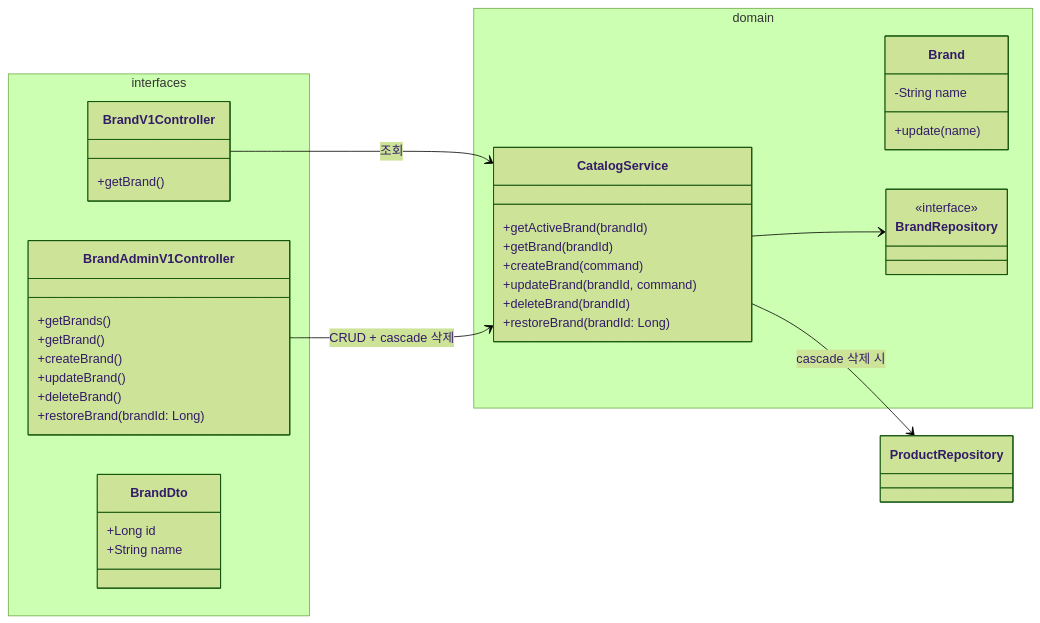
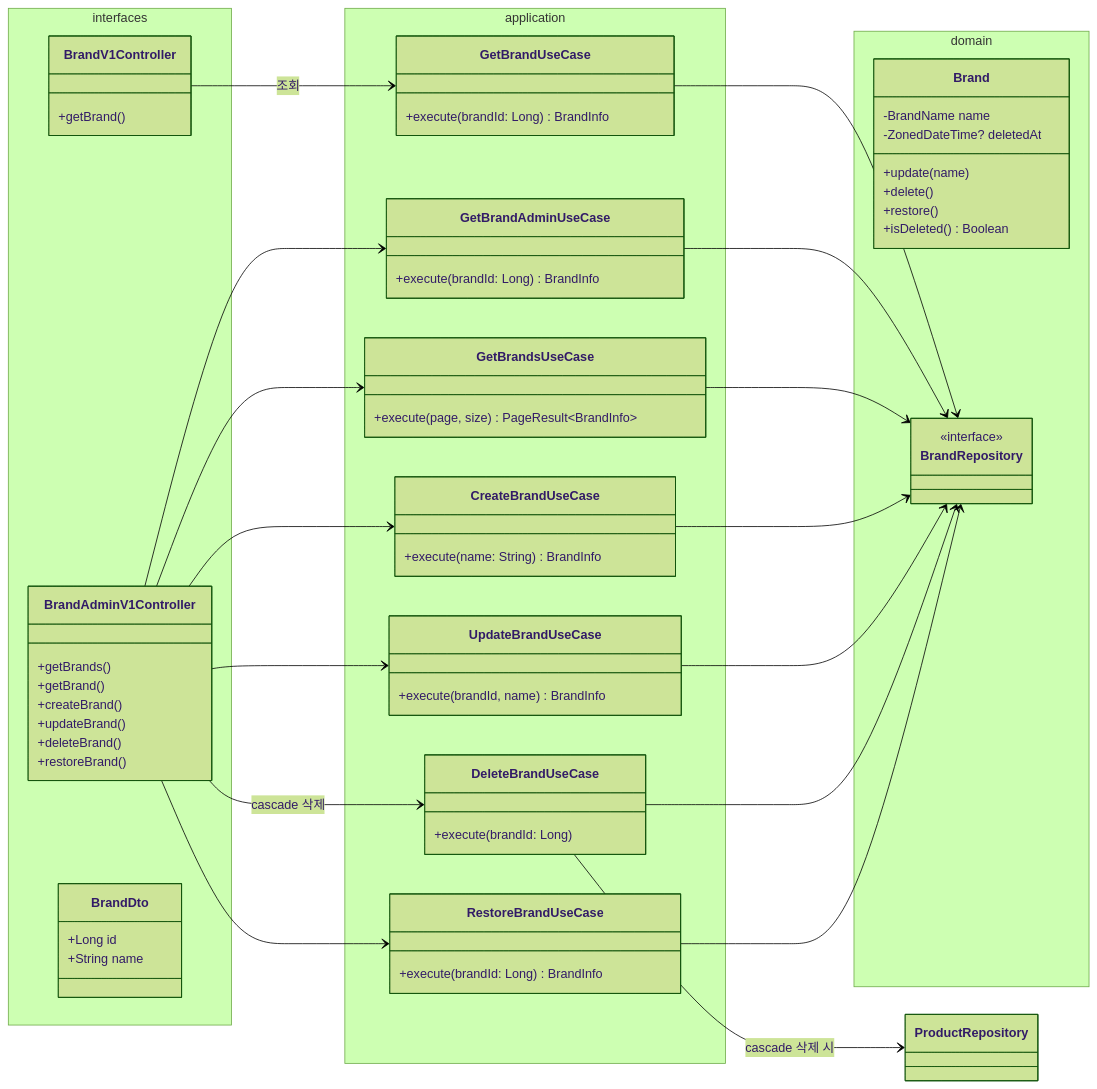
Before and after one commit to Loopers-dev-lab/loop-pack-be-l2-vol3-kotlin: the second of 8 diagrams in docs/design/03-class-diagram.md, drawn with Mermaid (forest theme). The commit also changed other lines of this file and 6 other files, not shown here.

First line of the commit message:
docs: 설계 문서 최신화 — Facade/Service → UseCase 패턴 반영

````diff
--- a/docs/design/03-class-diagram.md
+++ b/docs/design/03-class-diagram.md
@@ -139,46 +162,77 @@
 ```mermaid
 classDiagram
     direction LR
 
     namespace interfaces {
         class BrandV1Controller {
             +getBrand()
         }
         class BrandAdminV1Controller {
             +getBrands()
             +getBrand()
             +createBrand()
             +updateBrand()
             +deleteBrand()
-            +restoreBrand(brandId: Long)
+            +restoreBrand()
         }
         class BrandDto {
             +Long id
             +String name
         }
     }
 
+    namespace application {
+        class GetBrandUseCase {
+            +execute(brandId: Long) BrandInfo
+        }
+        class GetBrandAdminUseCase {
+            +execute(brandId: Long) BrandInfo
+        }
+        class GetBrandsUseCase {
+            +execute(page, size) PageResult~BrandInfo~
+        }
+        class CreateBrandUseCase {
+            +execute(name: String) BrandInfo
+        }
+        class UpdateBrandUseCase {
+            +execute(brandId, name) BrandInfo
+        }
+        class DeleteBrandUseCase {
+            +execute(brandId: Long)
+        }
+        class RestoreBrandUseCase {
+            +execute(brandId: Long) BrandInfo
+        }
+    }
+
     namespace domain {
         class Brand {
-            -String name
+            -BrandName name
+            -ZonedDateTime? deletedAt
             +update(name)
+            +delete()
+            +restore()
+            +isDeleted() Boolean
         }
     %% BrandName VO — @JvmInline value class (빈 값 불가)
-        class CatalogService {
-            +getActiveBrand(brandId)
-            +getBrand(brandId)
-            +createBrand(command)
-            +updateBrand(brandId, command)
-            +deleteBrand(brandId)
-            +restoreBrand(brandId: Long)
-        }
         class BrandRepository {
             <<interface>>
         }
     }
 
-    BrandV1Controller --> CatalogService: 조회
-    BrandAdminV1Controller --> CatalogService: CRUD + cascade 삭제
-    CatalogService --> BrandRepository
-    CatalogService --> ProductRepository: cascade 삭제 시
+    BrandV1Controller --> GetBrandUseCase: 조회
+    BrandAdminV1Controller --> GetBrandsUseCase
+    BrandAdminV1Controller --> GetBrandAdminUseCase
+    BrandAdminV1Controller --> CreateBrandUseCase
+    BrandAdminV1Controller --> UpdateBrandUseCase
+    BrandAdminV1Controller --> DeleteBrandUseCase: cascade 삭제
+    BrandAdminV1Controller --> RestoreBrandUseCase
+    GetBrandUseCase --> BrandRepository
+    GetBrandAdminUseCase --> BrandRepository
+    GetBrandsUseCase --> BrandRepository
+    CreateBrandUseCase --> BrandRepository
+    UpdateBrandUseCase --> BrandRepository
+    DeleteBrandUseCase --> BrandRepository
+    DeleteBrandUseCase --> ProductRepository: cascade 삭제 시
+    RestoreBrandUseCase --> BrandRepository
 ```
````
